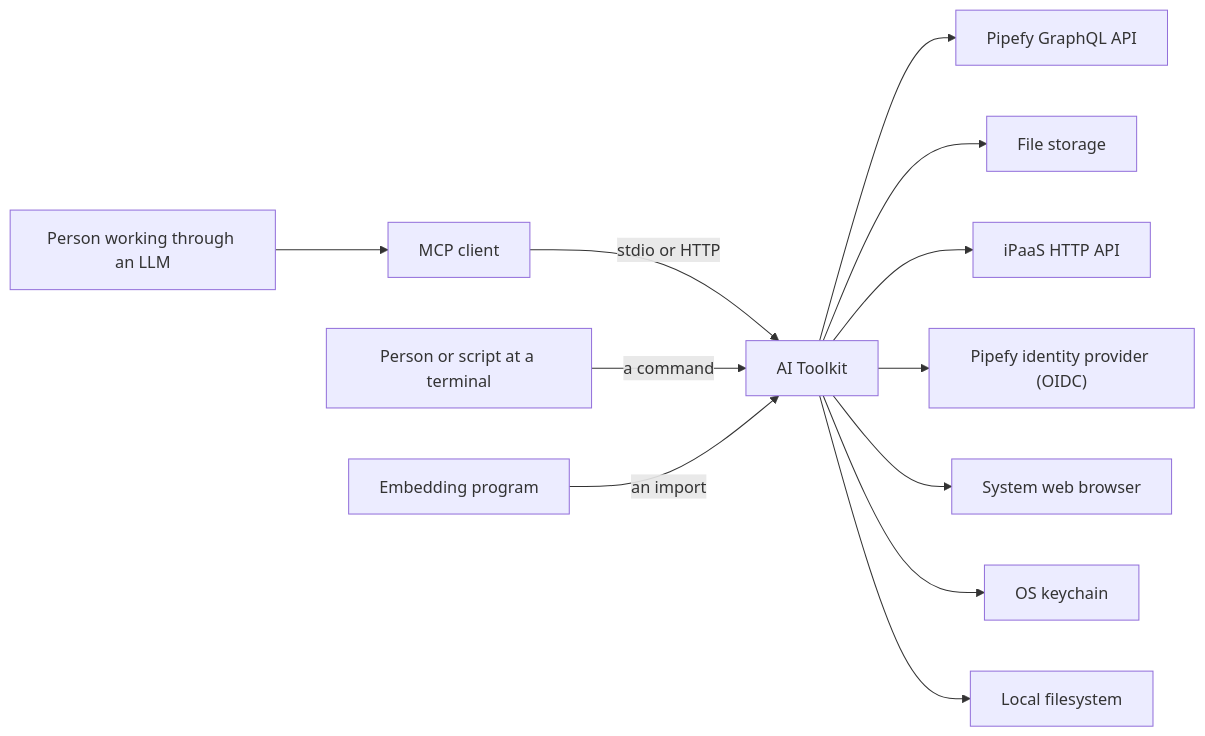
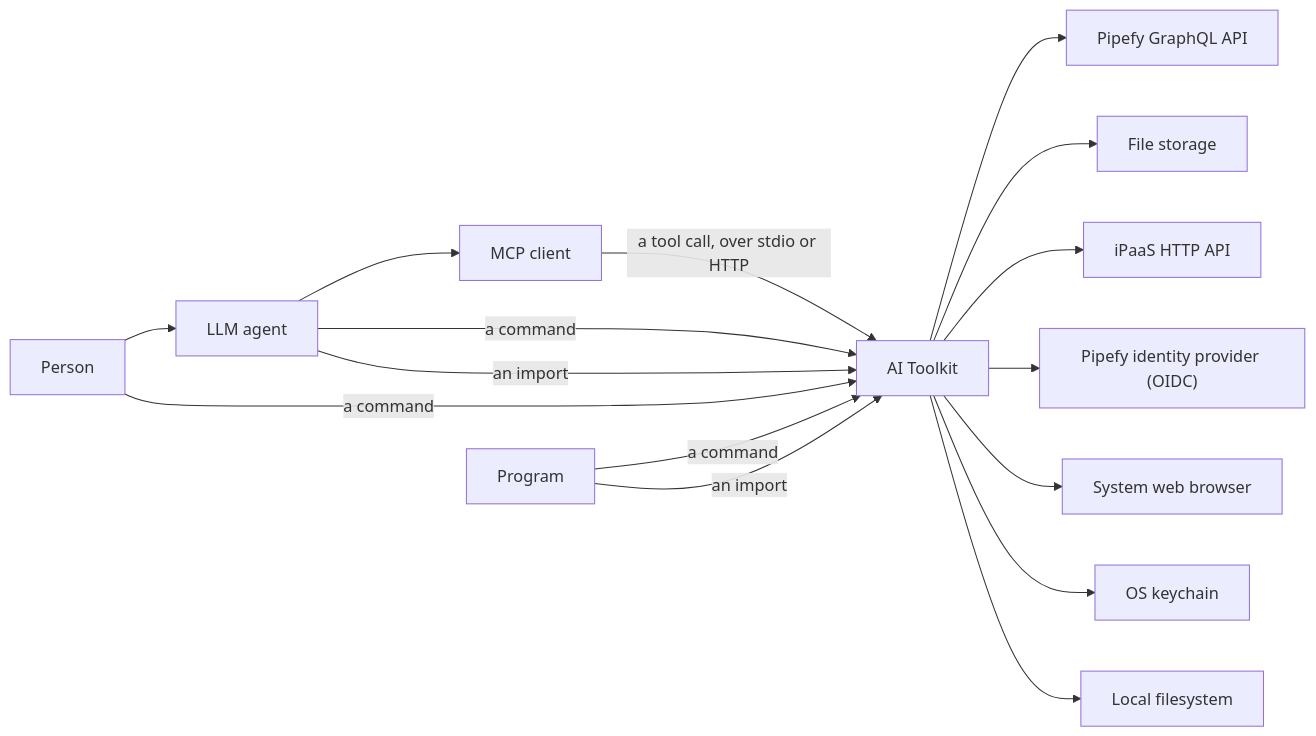
The first of 10 diagrams in docs/contributing/architecture.md (abhinyaay/ai-toolkit), drawn with Mermaid before and after one commit. The commit also changed other lines of this file, not shown here.

````diff
--- a/docs/contributing/architecture.md
+++ b/docs/contributing/architecture.md
@@ -115,17 +115,21 @@
 ```mermaid
 flowchart LR
     toolkit["AI Toolkit"]
 
-    person["Person working through an LLM"] --> client
-    client["MCP client"] -- "stdio or HTTP" --> toolkit
-    shell["Person or script at a terminal"] -- "a command" --> toolkit
-    program["Embedding program"] -- "an import" --> toolkit
+    person["Person"] --> agent["LLM agent"]
+    agent --> client["MCP client"]
+    client -- "a tool call, over stdio or HTTP" --> toolkit
+    agent -- "a command" --> toolkit
+    agent -- "an import" --> toolkit
+    person -- "a command" --> toolkit
+    program["Program"] -- "a command" --> toolkit
+    program -- "an import" --> toolkit
 
     toolkit --> graphql["Pipefy GraphQL API"]
     toolkit --> storage["File storage"]
     toolkit --> ipaas["iPaaS HTTP API"]
     toolkit --> idp["Pipefy identity provider (OIDC)"]
     toolkit --> browser["System web browser"]
     toolkit --> keychain["OS keychain"]
     toolkit --> files["Local filesystem"]
 ```
````
